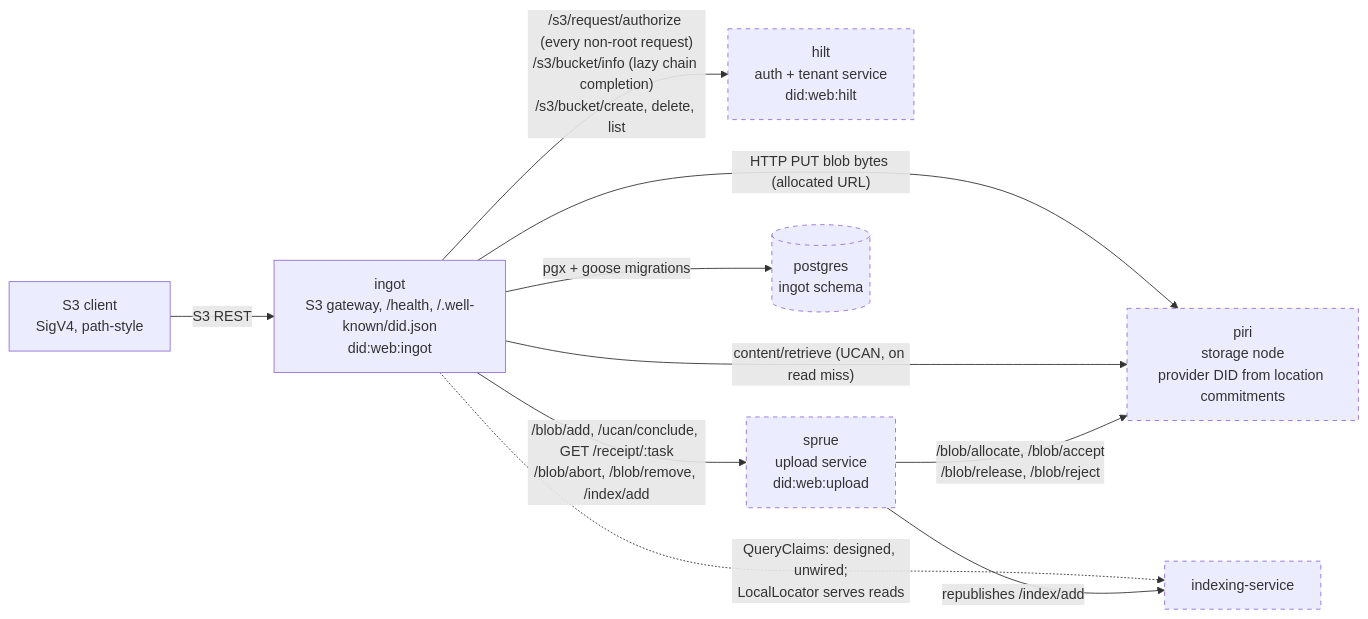
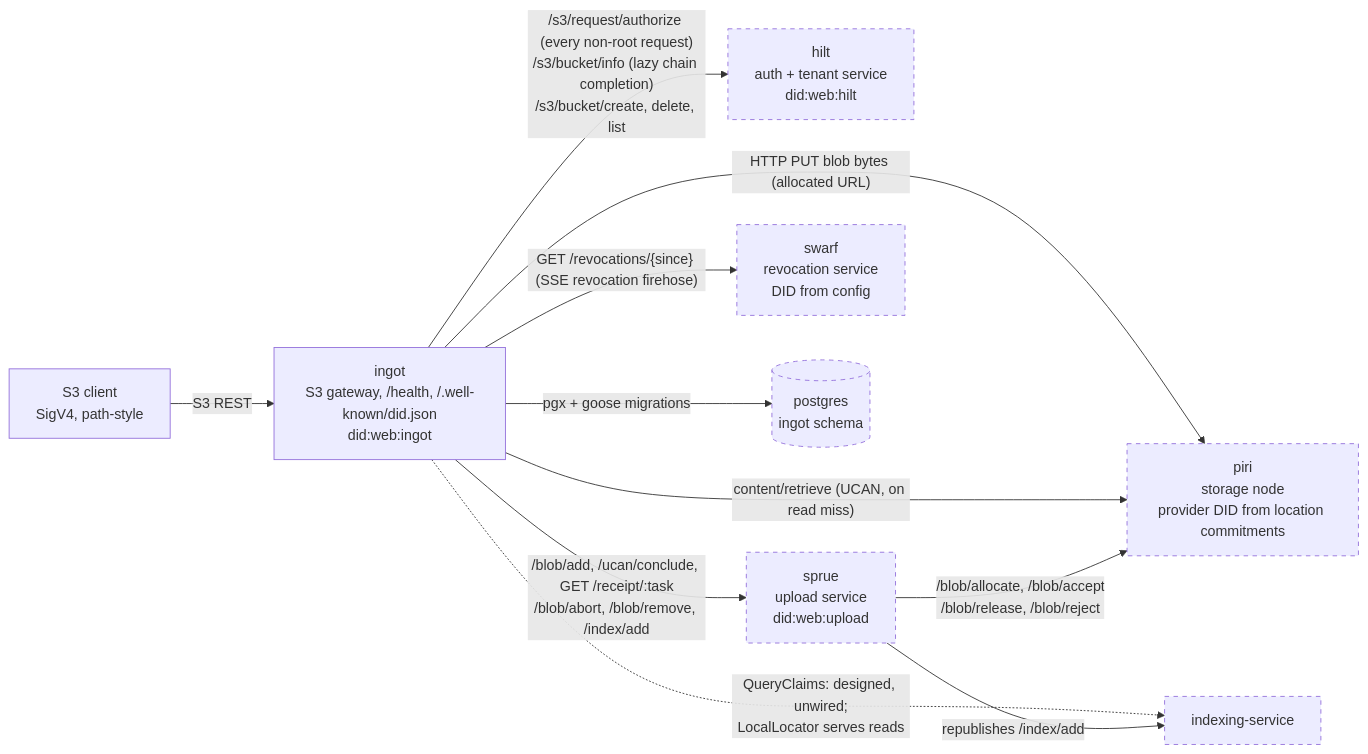
One commit to fil-forge/ingot changed the first of 14 diagrams in docs/diagrams.md. Above: the diagram before and after it, drawn with Mermaid. The commit also changed other lines of this file and 11 other files, not shown here.

````diff
--- a/docs/diagrams.md
+++ b/docs/diagrams.md
@@ -45,23 +46,25 @@
 ```mermaid
 flowchart LR
     client["S3 client<br/>SigV4, path-style"]
     ingot["ingot<br/>S3 gateway, /health, /.well-known/did.json<br/>did:web:ingot"]
     hilt["hilt<br/>auth + tenant service<br/>did:web:hilt"]
     sprue["sprue<br/>upload service<br/>did:web:upload"]
     piri["piri<br/>storage node<br/>provider DID from location commitments"]
+    swarf["swarf<br/>revocation service<br/>DID from config"]
     pg[("postgres<br/>ingot schema")]
     idx["indexing-service"]
 
     client -->|"S3 REST"| ingot
     ingot -->|"/s3/request/authorize (every non-root request)<br/>/s3/bucket/info (lazy chain completion)<br/>/s3/bucket/create, delete, list"| hilt
     ingot -->|"/blob/add, /ucan/conclude, GET /receipt/:task<br/>/blob/abort, /blob/remove, /index/add"| sprue
     ingot -->|"HTTP PUT blob bytes (allocated URL)"| piri
     ingot -->|"content/retrieve (UCAN, on read miss)"| piri
+    ingot -->|"GET /revocations/{since} (SSE revocation firehose)"| swarf
     ingot -->|"pgx + goose migrations"| pg
     ingot -.->|"QueryClaims: designed, unwired;<br/>LocalLocator serves reads"| idx
     sprue -->|"/blob/allocate, /blob/accept<br/>/blob/release, /blob/reject"| piri
     sprue -->|"republishes /index/add"| idx
 
     classDef external stroke-dasharray: 5 5
-    class hilt,sprue,piri,pg,idx external
+    class hilt,sprue,piri,swarf,pg,idx external
 ```
````
